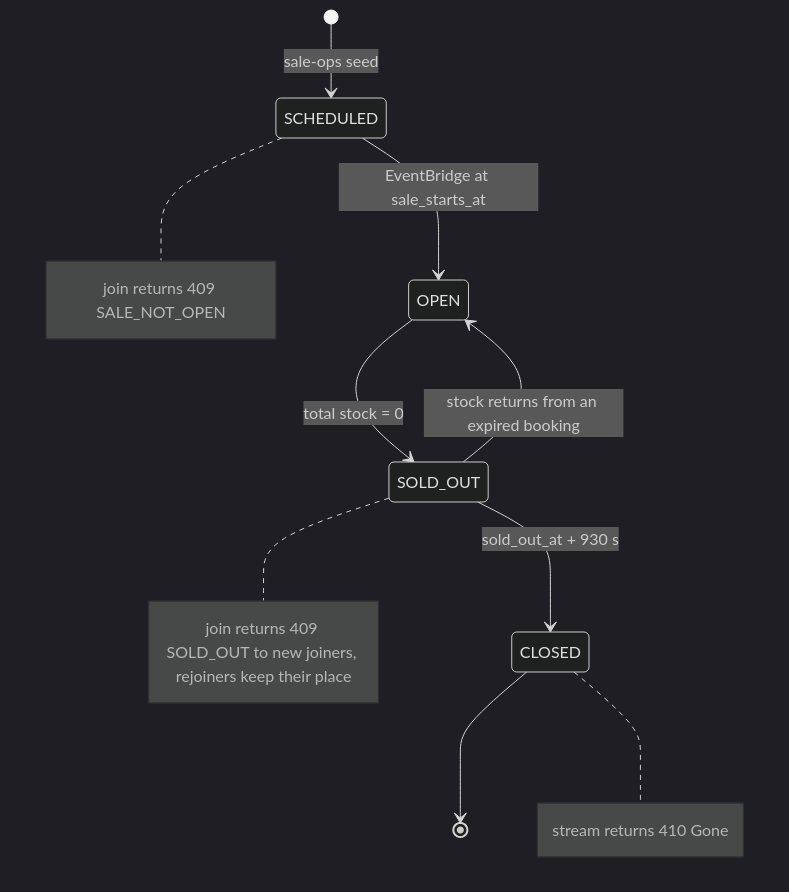
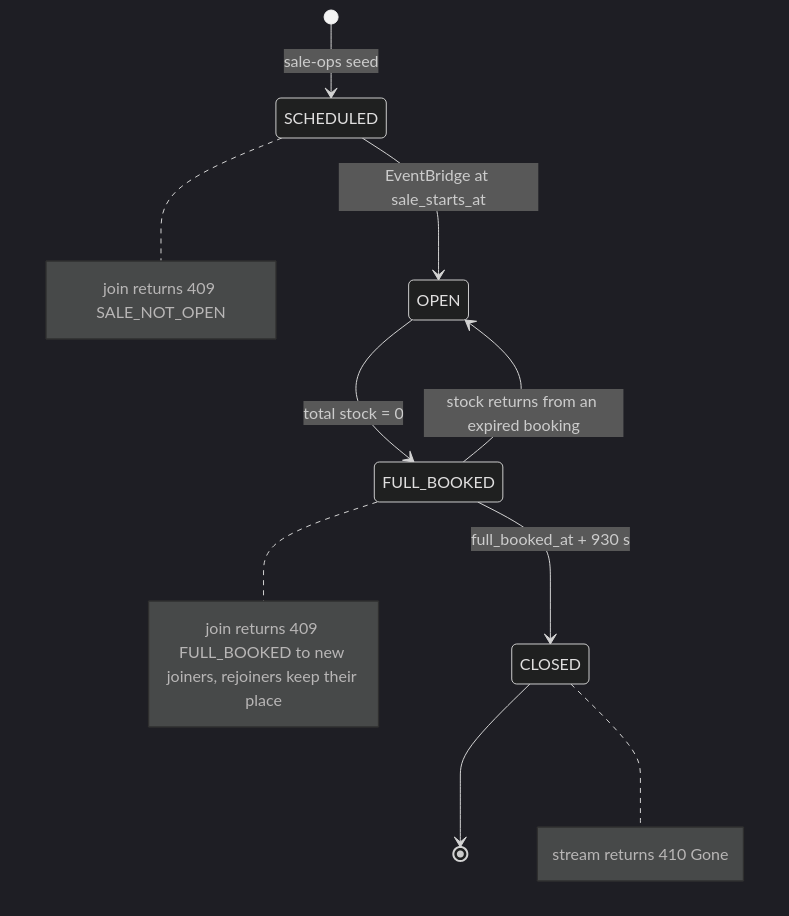
The third of 5 diagrams in docs/04-queue/README.md (PTServerJanganTumbang-BookingTicket/be-rusuh-war-ticketing), drawn with Mermaid (dark theme) before and after one commit. The commit also changed other lines of this file and 23 other files, not shown here.

First line of the commit message:
refactor(queue): rename sale state SOLD_OUT to FULL_BOOKED

````diff
--- a/docs/04-queue/README.md
+++ b/docs/04-queue/README.md
@@ -118,13 +118,13 @@
 ```mermaid
 stateDiagram-v2
     [*] --> SCHEDULED: sale-ops seed
     SCHEDULED --> OPEN: EventBridge at sale_starts_at
-    OPEN --> SOLD_OUT: total stock = 0
-    SOLD_OUT --> OPEN: stock returns from an expired booking
-    SOLD_OUT --> CLOSED: sold_out_at + 930 s
+    OPEN --> FULL_BOOKED: total stock = 0
+    FULL_BOOKED --> OPEN: stock returns from an expired booking
+    FULL_BOOKED --> CLOSED: full_booked_at + 930 s
     CLOSED --> [*]
 
     note right of SCHEDULED: join returns 409 SALE_NOT_OPEN
-    note right of SOLD_OUT: join returns 409 SOLD_OUT to new joiners, rejoiners keep their place
+    note right of FULL_BOOKED: join returns 409 FULL_BOOKED to new joiners, rejoiners keep their place
     note right of CLOSED: stream returns 410 Gone
 ```
````
